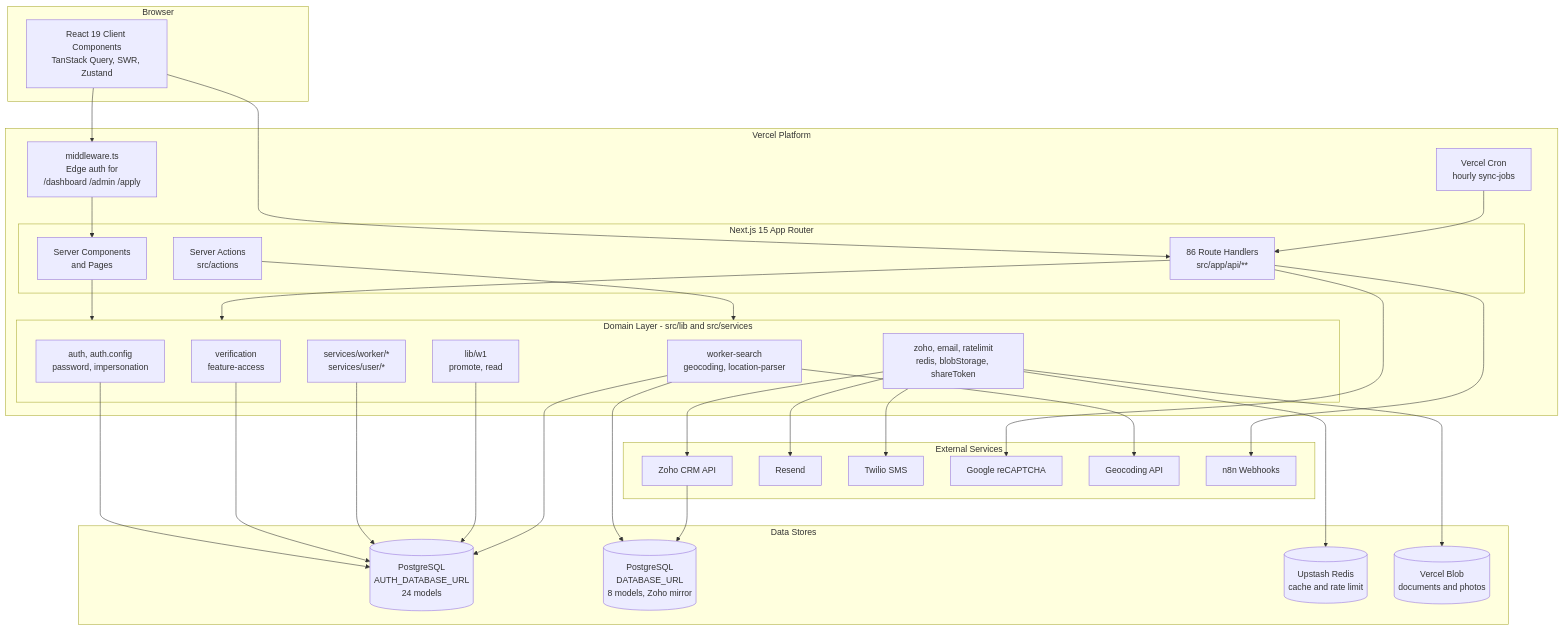
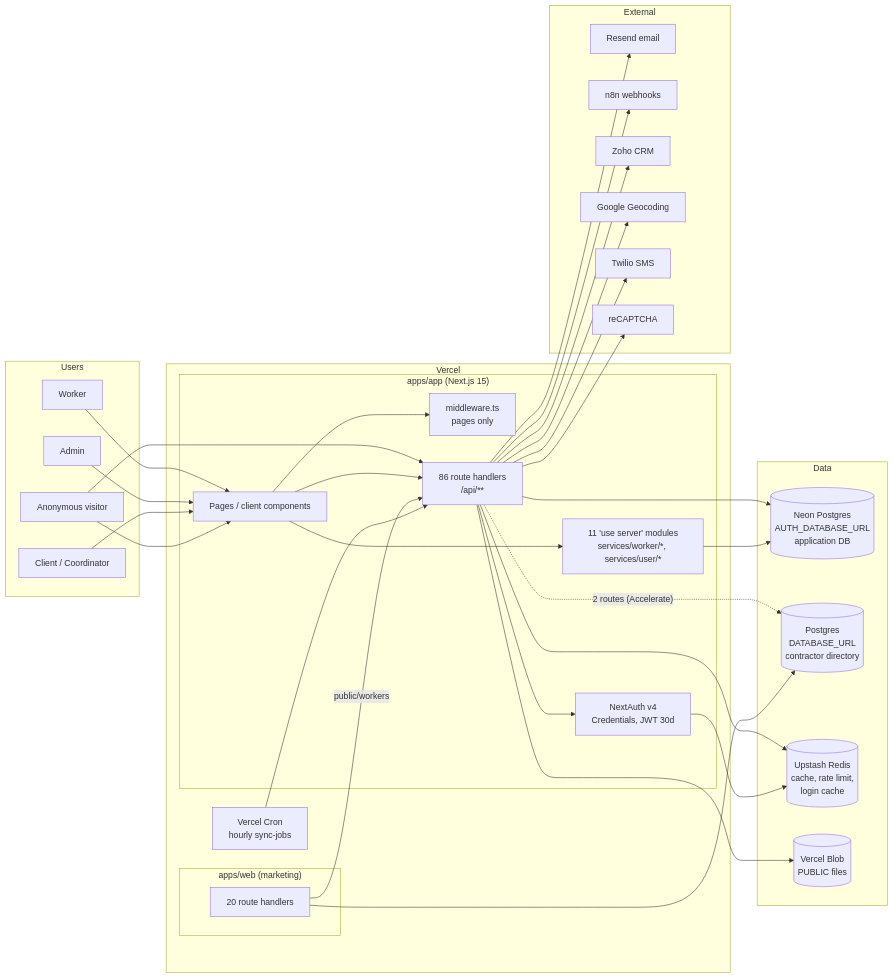
One commit to remontasupport/remontamarketplace changed the first of 3 diagrams in aidlc-docs/inception/reverse-engineering/architecture.md. Above: the diagram before and after it, drawn with Mermaid. The commit also changed other lines of this file and 72 other files, not shown here.

````diff
--- a/aidlc-docs/inception/reverse-engineering/architecture.md
+++ b/aidlc-docs/inception/reverse-engineering/architecture.md
@@ -36,69 +13,62 @@
 ```mermaid
-flowchart TB
-    subgraph Client_Tier["Browser"]
-        UI["React 19 Client Components<br/>TanStack Query, SWR, Zustand"]
+flowchart LR
+    subgraph Users
+      W[Worker] 
+      A[Admin]
+      C[Client / Coordinator]
+      V[Anonymous visitor]
     end
 
-    subgraph Vercel["Vercel Platform"]
-        MW["middleware.ts<br/>Edge auth for<br/>/dashboard /admin /apply"]
-
-        subgraph NextApp["Next.js 15 App Router"]
-            RSC["Server Components<br/>and Pages"]
-            API["86 Route Handlers<br/>src/app/api/**"]
-            SA["Server Actions<br/>src/actions"]
-        end
-
-        subgraph Domain["Domain Layer - src/lib and src/services"]
-            AuthL["auth, auth.config<br/>password, impersonation"]
-            Verif["verification<br/>feature-access"]
-            Search["worker-search<br/>geocoding, location-parser"]
-            WSvc["services/worker/*<br/>services/user/*"]
-            W1["lib/w1<br/>promote, read"]
-            Integr["zoho, email, ratelimit<br/>redis, blobStorage, shareToken"]
-        end
-
-        Cron["Vercel Cron<br/>hourly sync-jobs"]
+    subgraph Vercel
+      subgraph APP["apps/app (Next.js 15)"]
+        MW["middleware.ts<br/>pages only"]
+        PAGES["Pages / client components"]
+        API["86 route handlers<br/>/api/**"]
+        SA["11 'use server' modules<br/>services/worker/*, services/user/*"]
+        NA["NextAuth v4<br/>Credentials, JWT 30d"]
+      end
+      subgraph WEB["apps/web (marketing)"]
+        WAPI["20 route handlers"]
+      end
+      CRON["Vercel Cron<br/>hourly sync-jobs"]
     end
 
-    subgraph Data["Data Stores"]
-        AuthDB[("PostgreSQL<br/>AUTH_DATABASE_URL<br/>24 models")]
-        LegacyDB[("PostgreSQL<br/>DATABASE_URL<br/>8 models, Zoho mirror")]
-        Redis[("Upstash Redis<br/>cache and rate limit")]
-        BlobS[("Vercel Blob<br/>documents and photos")]
+    subgraph Data
+      AUTHDB[("Neon Postgres<br/>AUTH_DATABASE_URL<br/>application DB")]
+      MKTDB[("Postgres<br/>DATABASE_URL<br/>contractor directory")]
+      REDIS[("Upstash Redis<br/>cache, rate limit,<br/>login cache")]
+      BLOB[("Vercel Blob<br/>PUBLIC files")]
     end
 
-    subgraph External["External Services"]
-        ZohoAPI["Zoho CRM API"]
-        Resend["Resend"]
-        Twilio["Twilio SMS"]
-        Recap["Google reCAPTCHA"]
-        Geo["Geocoding API"]
-        N8N["n8n Webhooks"]
+    subgraph External
+      RESEND[Resend email]
+      N8N[n8n webhooks]
+      ZOHO[Zoho CRM]
+      GOOGLE[Google Geocoding]
+      TWILIO[Twilio SMS]
+      RECAP[reCAPTCHA]
     end
 
-    UI --> MW
-    MW --> RSC
-    UI --> API
-    RSC --> Domain
-    API --> Domain
-    SA --> Domain
-
-    AuthL --> AuthDB
-    Verif --> AuthDB
-    WSvc --> AuthDB
-    W1 --> AuthDB
-    Search --> AuthDB
-    Search --> LegacyDB
-    Integr --> Redis
-    Integr --> BlobS
-
-    Integr --> ZohoAPI
-    Integr --> Resend
-    Integr --> Twilio
-    API --> Recap
-    Search --> Geo
+    W & A & C --> PAGES
+    V --> PAGES
+    V --> API
+    PAGES --> MW
+    PAGES --> API
+    PAGES --> SA
+    API --> NA
+    API --> AUTHDB
+    SA --> AUTHDB
+    API --> REDIS
+    NA --> REDIS
+    API --> BLOB
+    API --> RESEND
     API --> N8N
-
-    Cron --> API
-    ZohoAPI --> LegacyDB
+    API --> ZOHO
+    API --> GOOGLE
+    API --> TWILIO
+    API --> RECAP
+    API -. "2 routes (Accelerate)" .-> MKTDB
+    WAPI --> MKTDB
+    WAPI -- "public/workers" --> API
+    CRON --> API
 ```
````
